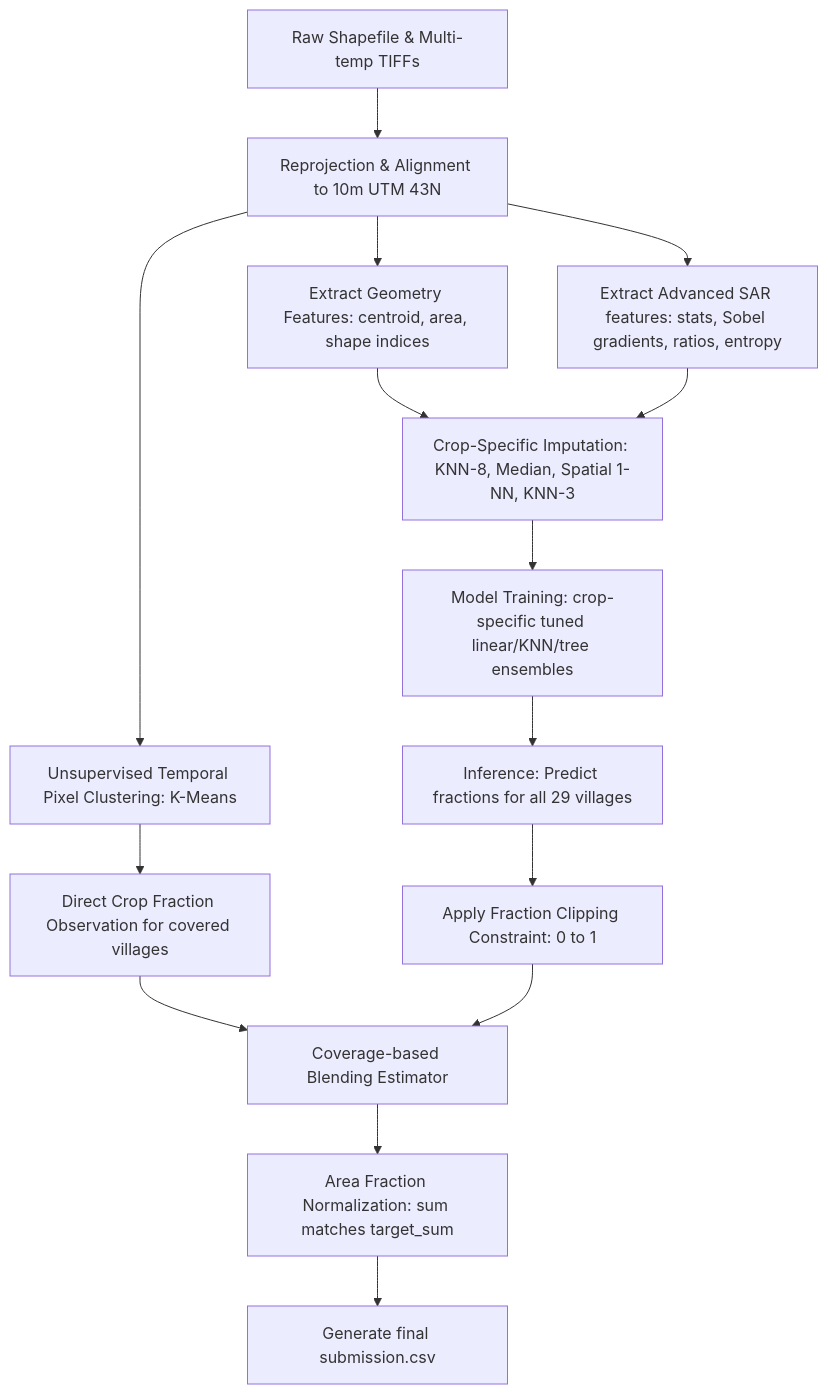
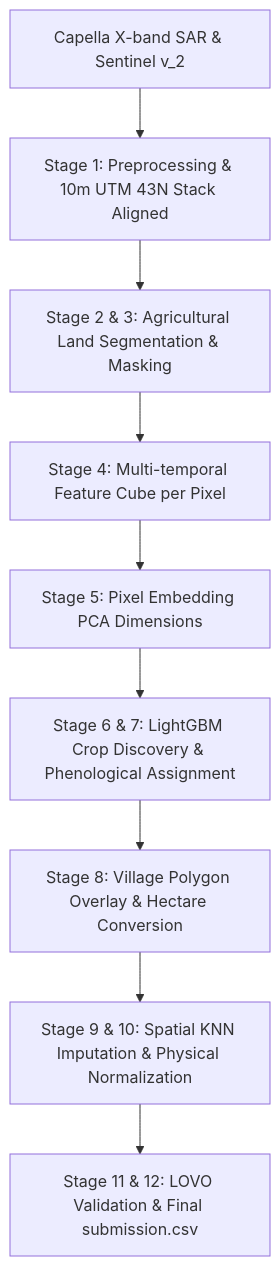
One commit to ByteLounge/sar-crop-intelligence changed the diagram in project/README.md. Above: the diagram before and after it, drawn with Mermaid. The commit also changed other lines of this file, not shown here.

Commit message:
Update project README to describe Stages 1-12 pixel crop mapping architecture

````diff
--- a/project/README.md
+++ b/project/README.md
@@ -83,15 +78,11 @@
 ```mermaid
 graph TD
-    A[Raw Shapefile & Multi-temp TIFFs] --> B[Reprojection & Alignment to 10m UTM 43N]
-    B --> C[Extract Geometry Features: centroid, area, shape indices]
-    B --> D[Unsupervised Temporal Pixel Clustering: K-Means]
-    D --> E[Direct Crop Fraction Observation for covered villages]
-    B --> F[Extract Advanced SAR features: stats, Sobel gradients, ratios, entropy]
-    C & F --> G[Crop-Specific Imputation: KNN-8, Median, Spatial 1-NN, KNN-3]
-    G --> H[Model Training: crop-specific tuned linear/KNN/tree ensembles]
-    H --> I[Inference: Predict fractions for all 29 villages]
-    I --> J[Apply Fraction Clipping Constraint: 0 to 1]
-    E & J --> K[Coverage-based Blending Estimator]
-    K --> L[Area Fraction Normalization: sum matches target_sum]
-    L --> M[Generate final submission.csv]
+    A[Capella X-band SAR & Sentinel v_2] --> B[Stage 1: Preprocessing & 10m UTM 43N Stack Aligned]
+    B --> C[Stage 2 & 3: Agricultural Land Segmentation & Masking]
+    C --> D[Stage 4: Multi-temporal Feature Cube per Pixel]
+    D --> E[Stage 5: Pixel Embedding PCA Dimensions]
+    E --> F[Stage 6 & 7: LightGBM Crop Discovery & Phenological Assignment]
+    F --> G[Stage 8: Village Polygon Overlay & Hectare Conversion]
+    G --> H[Stage 9 & 10: Spatial KNN Imputation & Physical Normalization]
+    H --> I[Stage 11 & 12: LOVO Validation & Final submission.csv]
 ```
````
